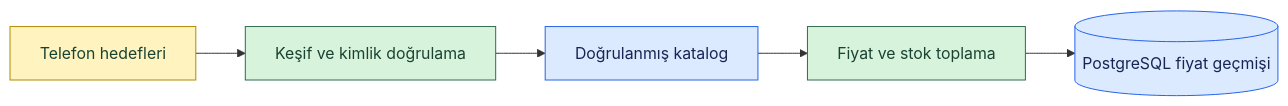
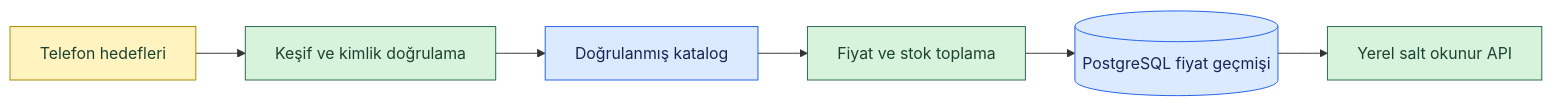
The first of 2 diagrams in README.md (Emir-Ars/Urun-indirim-takip), drawn with Mermaid before and after one commit. The commit also changed other lines of this file and 7 other files, not shown here.

Commit message:
Aşama 7.4: salt okunur FastAPI adreslerini ve bağlantı havuzunu ekle

````diff
--- a/README.md
+++ b/README.md
@@ -32,13 +34,14 @@
 ```mermaid
 flowchart LR
     A["Telefon hedefleri"] --> B["Keşif ve kimlik doğrulama"]
     B --> C["Doğrulanmış katalog"]
     C --> D["Fiyat ve stok toplama"]
     D --> E[("PostgreSQL fiyat geçmişi")]
+    E --> F["Yerel salt okunur API"]
     classDef targets fill:#fff3bf,stroke:#b08900,color:#1b4332
     classDef processing fill:#d8f3dc,stroke:#2d6a4f,color:#1b4332
     classDef records fill:#dbeafe,stroke:#2563eb,color:#172554
     class A targets
-    class B,D processing
+    class B,D,F processing
     class C,E records
 ```
````
